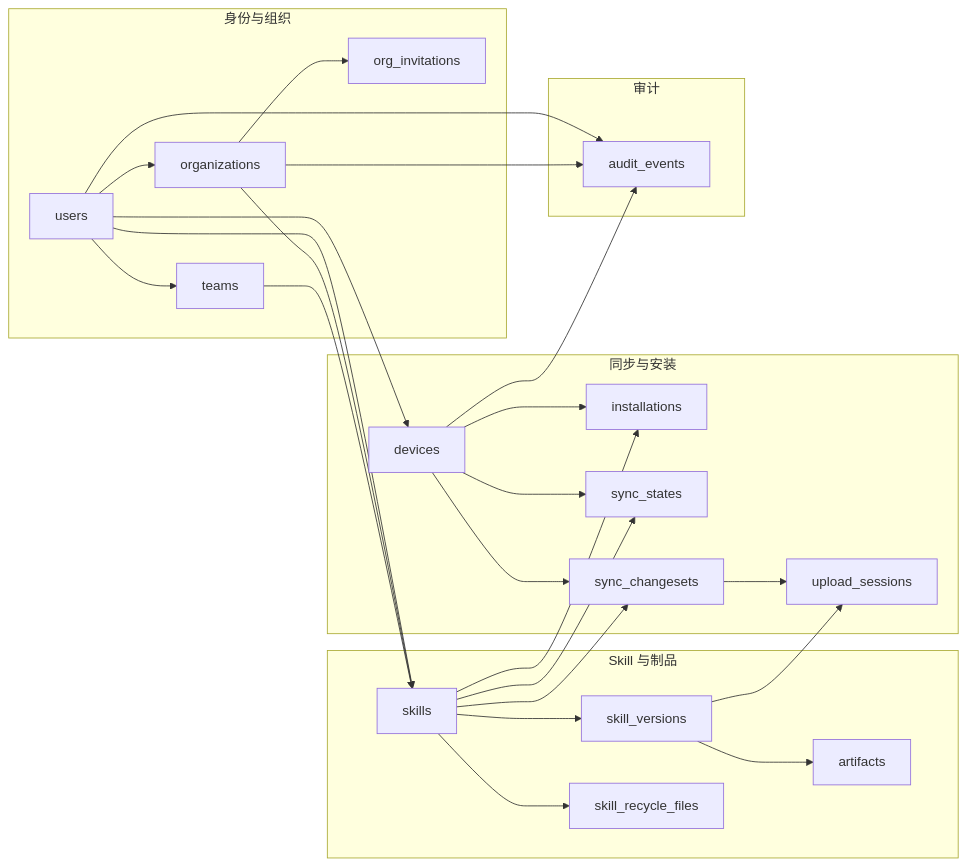
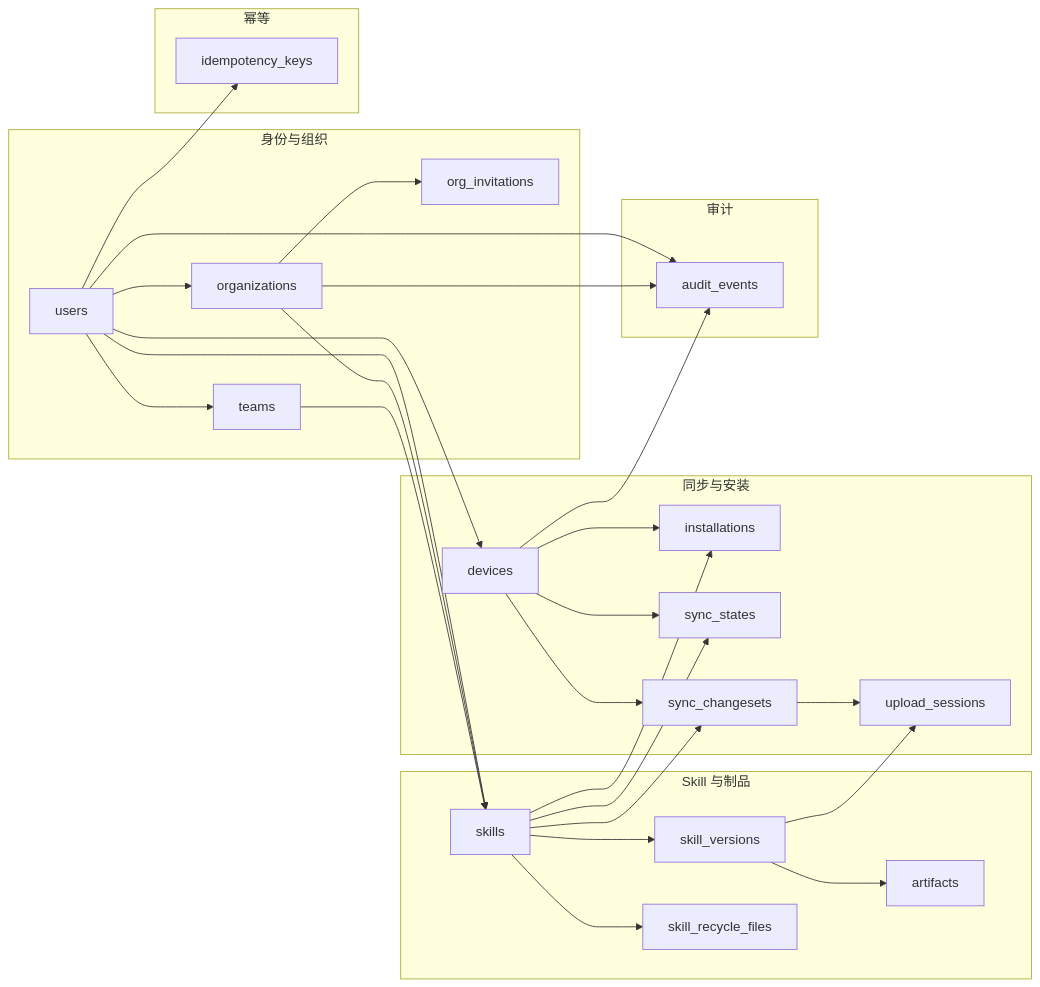
Before and after one commit to handaome/skillMesh: the sixth of 6 diagrams in docs/数据库ER图.md, drawn with Mermaid. The commit also changed other lines of this file and 1 other file, not shown here.

````diff
--- a/docs/数据库ER图.md
+++ b/docs/数据库ER图.md
@@ -380,47 +404,51 @@
 ```mermaid
 flowchart LR
     subgraph 身份与组织
         U[users]
         O[organizations]
         T[teams]
         I[org_invitations]
     end
     subgraph Skill 与制品
         S[skills]
         V[skill_versions]
         A[artifacts]
         R[skill_recycle_files]
     end
     subgraph 同步与安装
         D[devices]
         IN[installations]
         SS[sync_states]
         CS[sync_changesets]
         US[upload_sessions]
     end
     subgraph 审计
         AE[audit_events]
     end
+    subgraph 幂等
+        IK[idempotency_keys]
+    end
 
     U --> O
     U --> T
     O --> I
     U --> S
     O --> S
     T --> S
     S --> V
     V --> A
     S --> R
     U --> D
     D --> IN
     D --> SS
     D --> CS
     S --> IN
     S --> SS
     S --> CS
     V --> US
     CS --> US
     U --> AE
     O --> AE
     D --> AE
+    U --> IK
 ```
````
